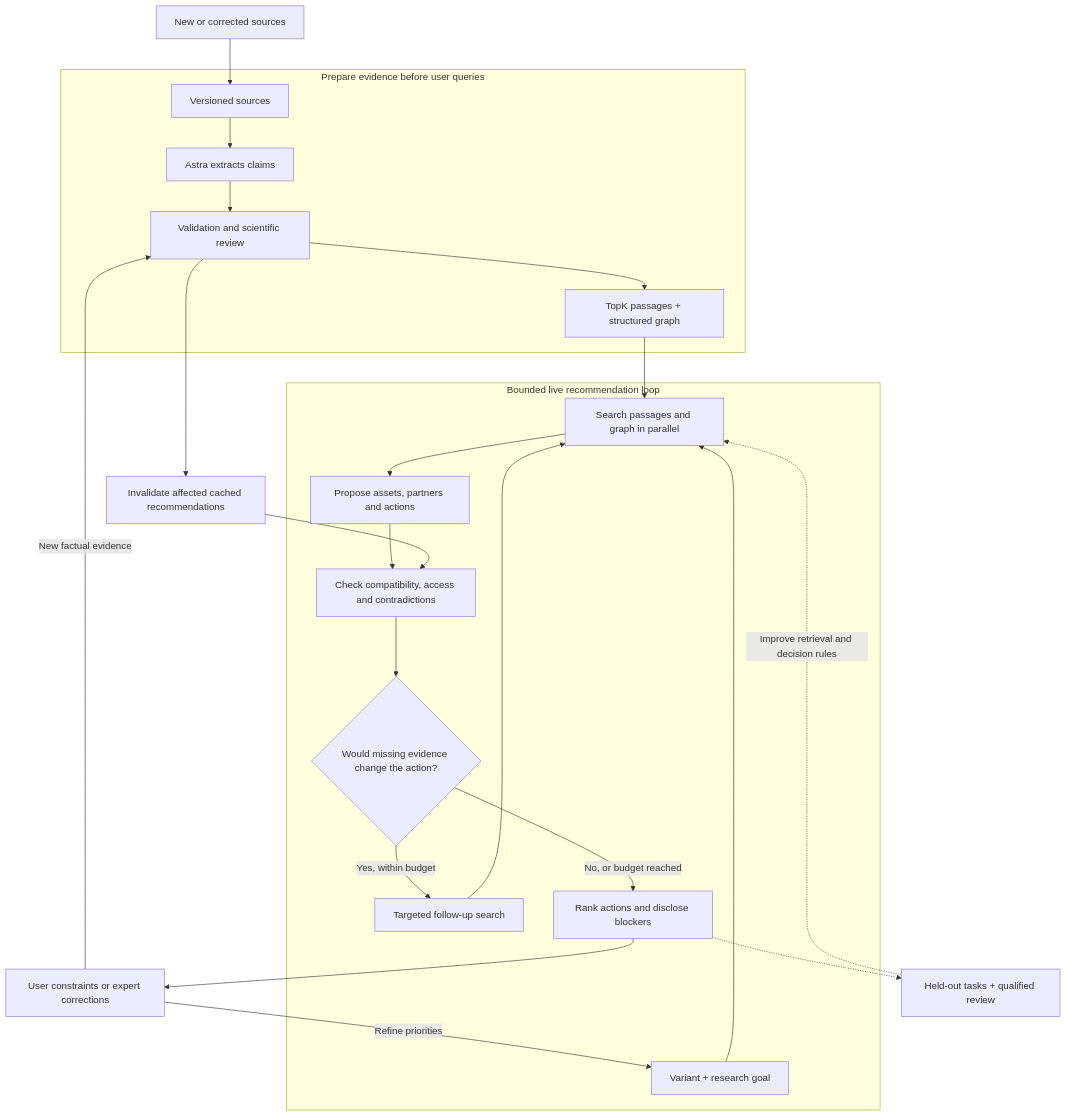
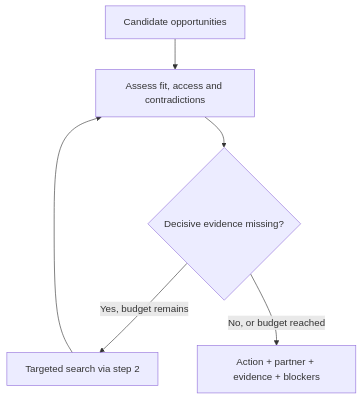
Before and after one commit to lukaschudy/LIT-knowledge-graph: the third of 6 diagrams in README.md, drawn with Mermaid. The commit also changed other lines of this file, not shown here.

Commit message:
docs: split architecture into focused workflow diagrams

````diff
--- a/README.md
+++ b/README.md
@@ -14,26 +48,8 @@
 ```mermaid
 flowchart TD
-    subgraph Preparation[Prepare evidence before user queries]
-        Sources[Versioned sources] --> Extract[Astra extracts claims]
-        Extract --> Review[Validation and scientific review]
-        Review --> Stores[TopK passages + structured graph]
-    end
-    subgraph Live[Bounded live recommendation loop]
-        Goal[Variant + research goal] --> Retrieve[Search passages and graph in parallel]
-        Retrieve --> Propose[Propose assets, partners and actions]
-        Propose --> Check[Check compatibility, access and contradictions]
-        Check --> Gap{Would missing evidence change the action?}
-        Gap -->|Yes, within budget| Followup[Targeted follow-up search]
-        Followup --> Retrieve
-        Gap -->|No, or budget reached| Result[Rank actions and disclose blockers]
-    end
-    Stores --> Retrieve
-    Result --> Feedback[User constraints or expert corrections]
-    Feedback -->|Refine priorities| Goal
-    Feedback -->|New factual evidence| Review
-    Changes[New or corrected sources] --> Sources
-    Review --> Invalidate[Invalidate affected cached recommendations]
-    Invalidate --> Check
-    Result -.-> Evaluate[Held-out tasks + qualified review]
-    Evaluate -.->|Improve retrieval and decision rules| Retrieve
+    Candidates[Candidate opportunities] --> Check[Assess fit, access and contradictions]
+    Check --> Gap{Decisive evidence missing?}
+    Gap -->|Yes, budget remains| Search[Targeted search via step 2]
+    Search --> Check
+    Gap -->|No, or budget reached| Action[Action + partner + evidence + blockers]
 ```
````
